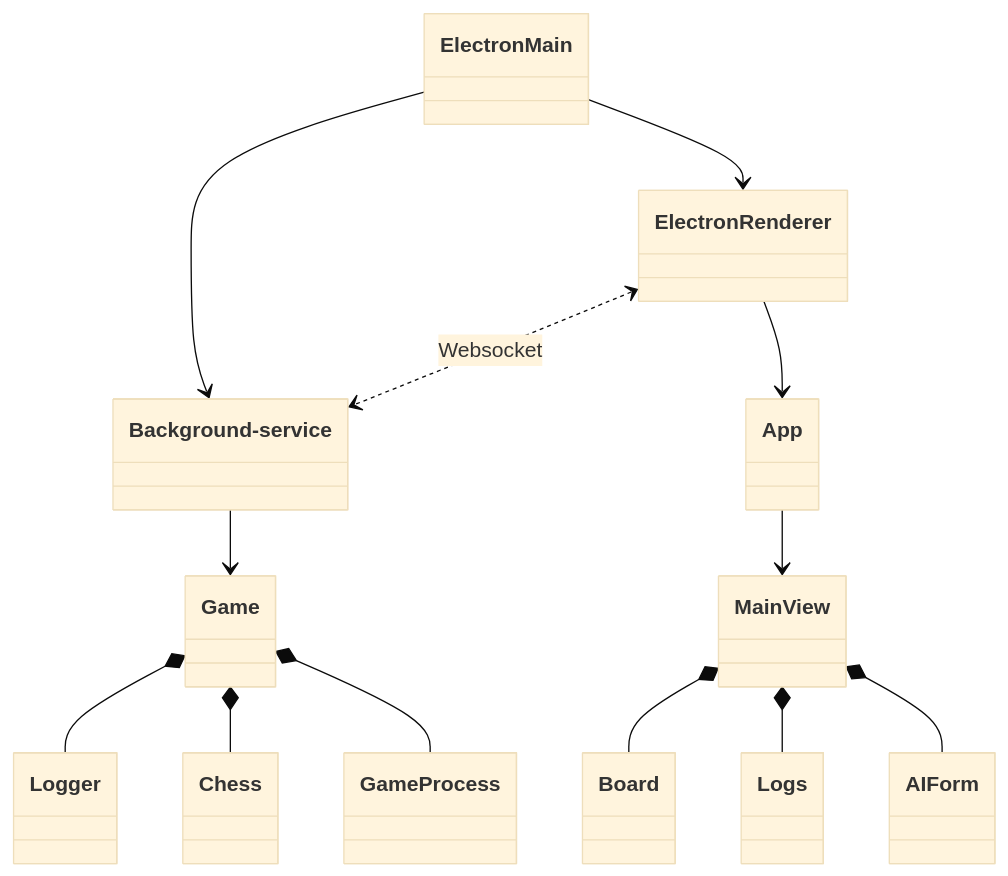
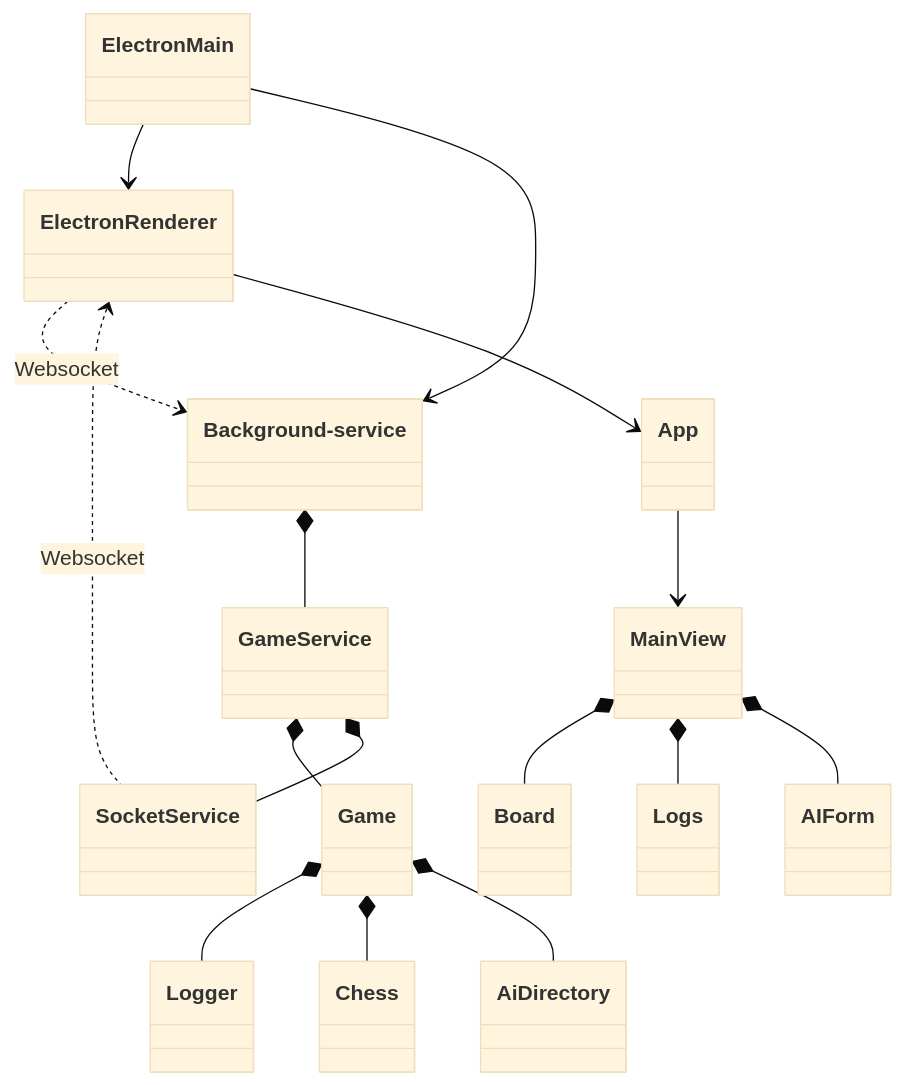
The diagram in docs/architecture.md (game-ai-platform-team/tira-ai-local), drawn with Mermaid (base theme) before and after one commit.

````diff
--- a/docs/architecture.md
+++ b/docs/architecture.md
@@ -5,44 +5,18 @@
 ```mermaid
 classDiagram
-    class Electron Main {
-    }
-    class Electron Renderer {
-    }
-    class App {
-    }
-    class MainView {
-    }
-    class Board {
-    }
-    class Logs {
-    }
-    class AIForm {
-    }
-
-
-    class Background-service {
-
-    }
-    class Game {
-    }
-    class Logger {
-    }
-    class Chess {
-    }
-    class Game Process {
-    }
-
-
-    Electron Main --> Electron Renderer
-    Electron Main --> Background-service
-    Electron Renderer <..> Background-service: Websocket
-    Electron Renderer --> App
-    App --> MainView
-    MainView *-- Board
-    MainView *-- Logs
-    MainView *-- AIForm
-    Background-service --> Game
-    Game *-- Logger
-    Game *-- Chess
-    Game *-- Game Process
+Electron Main --> Electron Renderer
+Electron Main --> Background-service
+Electron Renderer ..> Background-service: Websocket
+Electron Renderer <.. SocketService: Websocket
+Electron Renderer --> App
+App --> MainView
+MainView *-- Board
+MainView *-- Logs
+MainView *-- AIForm
+Background-service *-- GameService
+GameService *-- Game
+GameService *-- SocketService
+Game *-- Logger
+Game *-- Chess
+Game *-- AiDirectory
 ```
````
